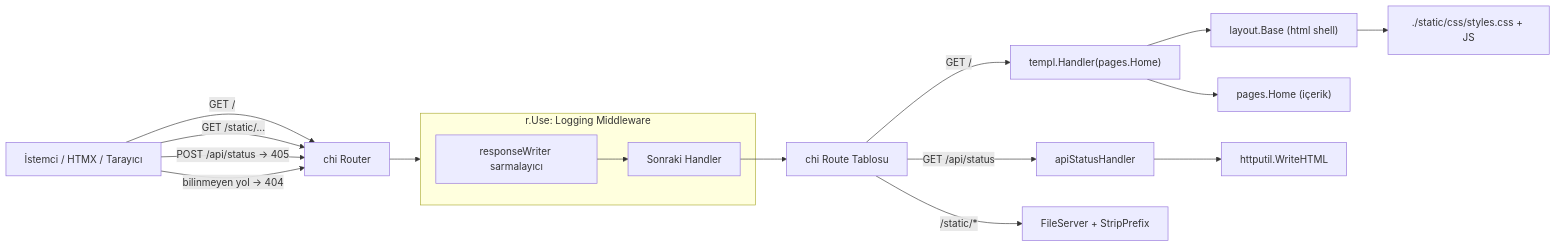
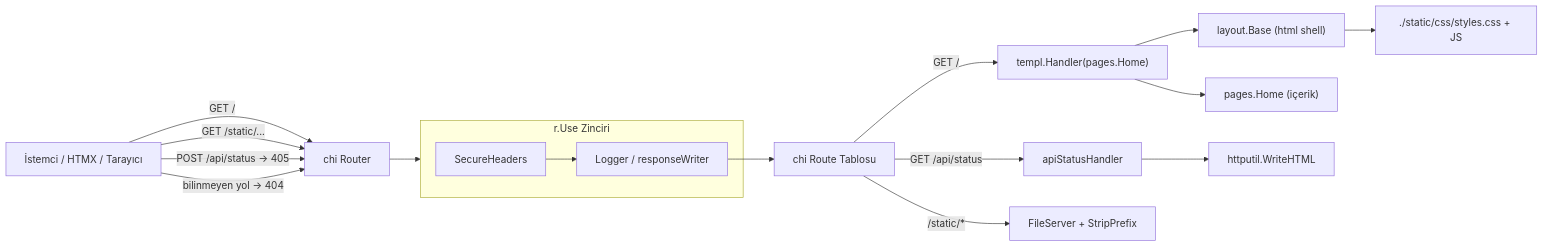
The diagram in docs/wiki/WebServer.md (ozkansen/ozkansen.com), drawn with Mermaid before and after one commit. The commit also changed other lines of this file and 6 other files, not shown here.

````diff
--- a/docs/wiki/WebServer.md
+++ b/docs/wiki/WebServer.md
@@ -36,23 +36,23 @@
 ```mermaid
 flowchart LR
     Client[İstemci / HTMX / Tarayıcı] -->|"GET /"| Chi["chi Router"]
     Client -->|"GET /static/..."| Chi
     Client -->|"POST /api/status → 405"| Chi
     Client -->|"bilinmeyen yol → 404"| Chi
 
-    subgraph LoggerMW [r.Use: Logging Middleware]
-        RW[responseWriter sarmalayıcı] --> Next[Sonraki Handler]
+    subgraph MW [r.Use Zinciri]
+        SH[SecureHeaders] --> LMW[Logger / responseWriter]
     end
 
-    Chi --> LoggerMW
-    Next --> Routes[chi Route Tablosu]
+    Chi --> MW
+    LMW --> Routes[chi Route Tablosu]
 
     Routes -->|"GET /"| HomeHandler["templ.Handler(pages.Home)"]
     Routes -->|"GET /api/status"| APIHandler["apiStatusHandler"]
     Routes -->|"/static/*"| FileServer[FileServer + StripPrefix]
 
     HomeHandler --> Base["layout.Base (html shell)"]
     HomeHandler --> HomeComp["pages.Home (içerik)"]
     Base --> Static["./static/css/styles.css + JS"]
     APIHandler --> HTMLUtil["httputil.WriteHTML"]
 ```
````
